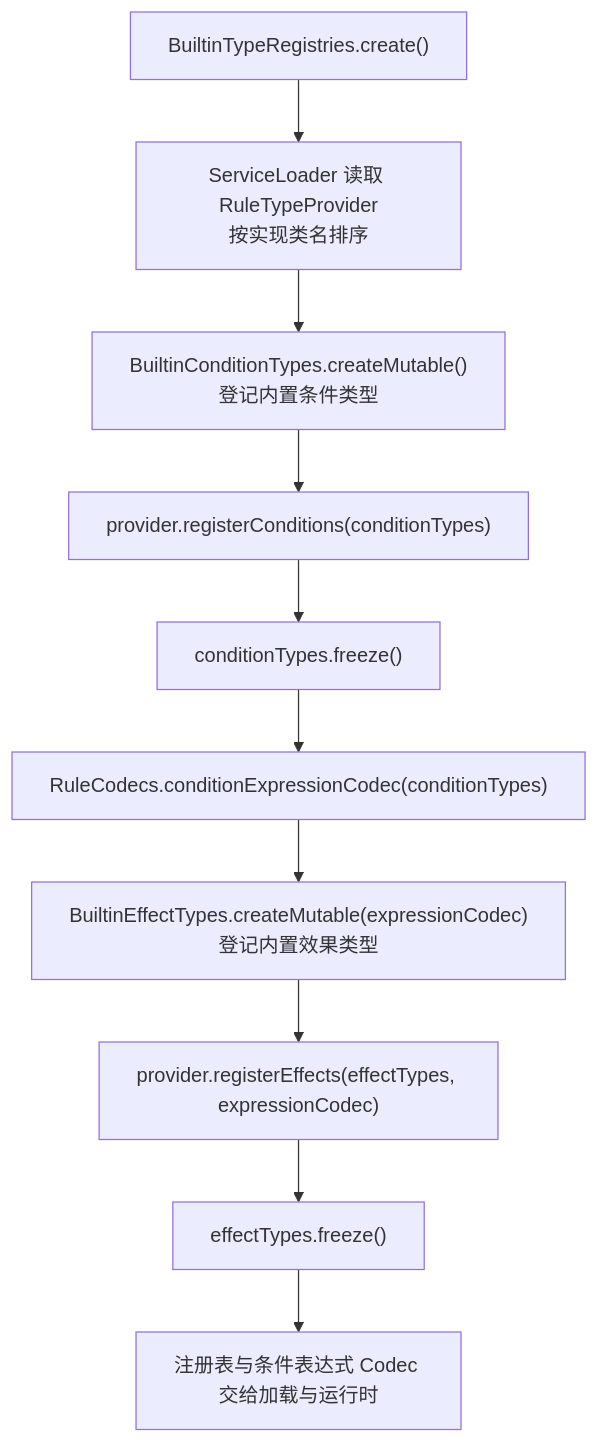
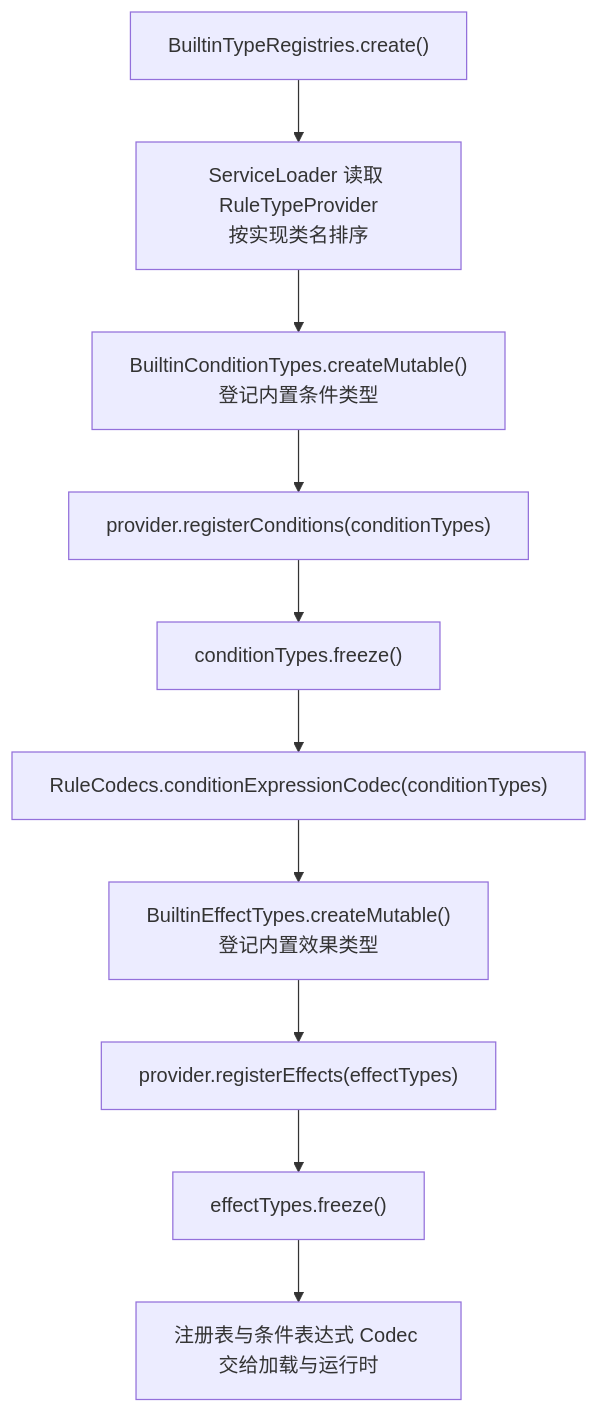
Before and after one commit to meteoritel/item-despawn-to-what: the diagram in docs/modules/type-system.md, drawn with Mermaid. The commit also changed other lines of this file and 51 other files, not shown here.

````diff
--- a/docs/modules/type-system.md
+++ b/docs/modules/type-system.md
@@ -54,12 +54,12 @@
 ```mermaid
 flowchart TD
     A["BuiltinTypeRegistries.create()"] --> B["ServiceLoader 读取 RuleTypeProvider<br/>按实现类名排序"]
     B --> C["BuiltinConditionTypes.createMutable()<br/>登记内置条件类型"]
     C --> D["provider.registerConditions(conditionTypes)"]
     D --> E["conditionTypes.freeze()"]
     E --> F["RuleCodecs.conditionExpressionCodec(conditionTypes)"]
-    F --> G["BuiltinEffectTypes.createMutable(expressionCodec)<br/>登记内置效果类型"]
-    G --> H["provider.registerEffects(effectTypes, expressionCodec)"]
+    F --> G["BuiltinEffectTypes.createMutable()<br/>登记内置效果类型"]
+    G --> H["provider.registerEffects(effectTypes)"]
     H --> I["effectTypes.freeze()"]
     I --> J["注册表与条件表达式 Codec 交给加载与运行时"]
 ```
````
